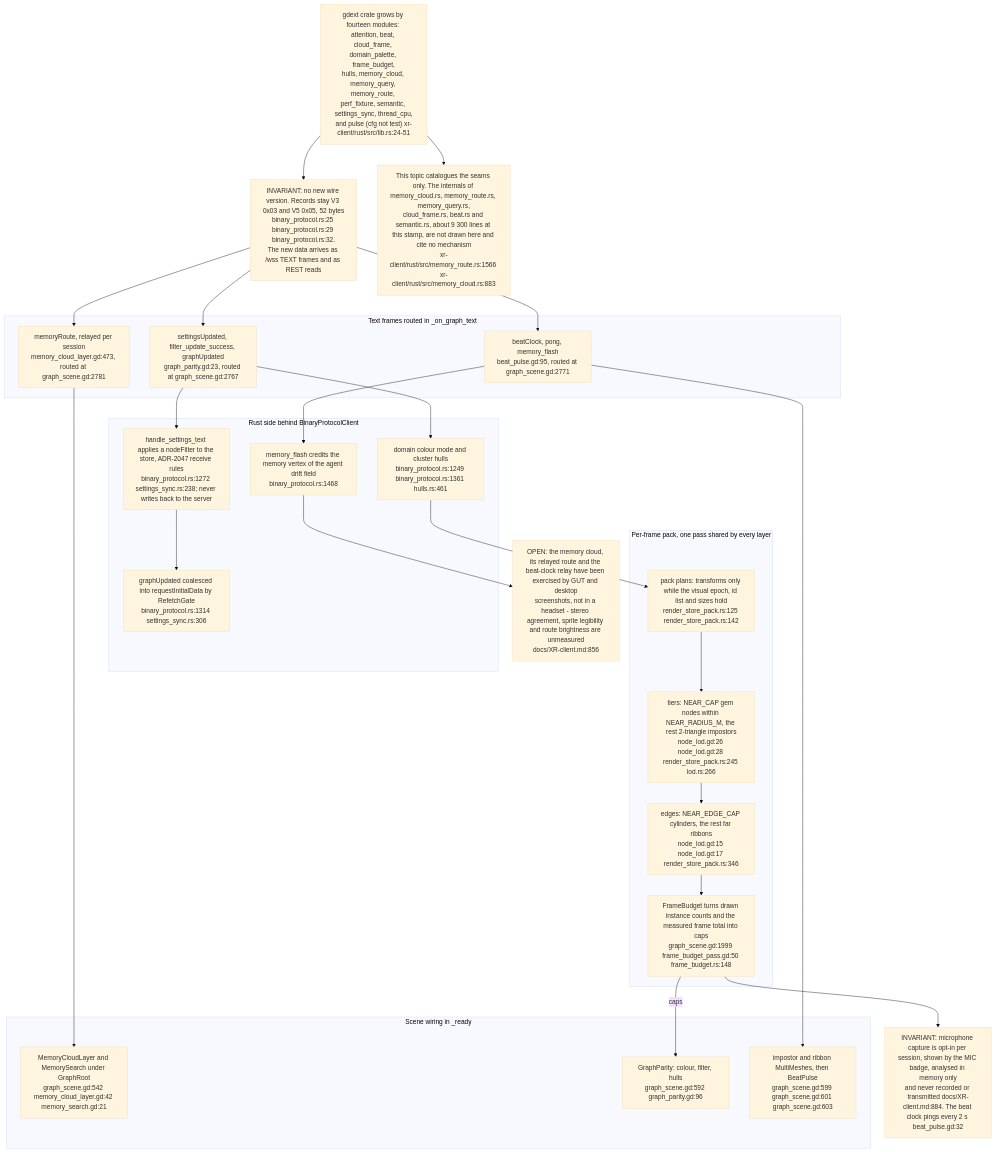
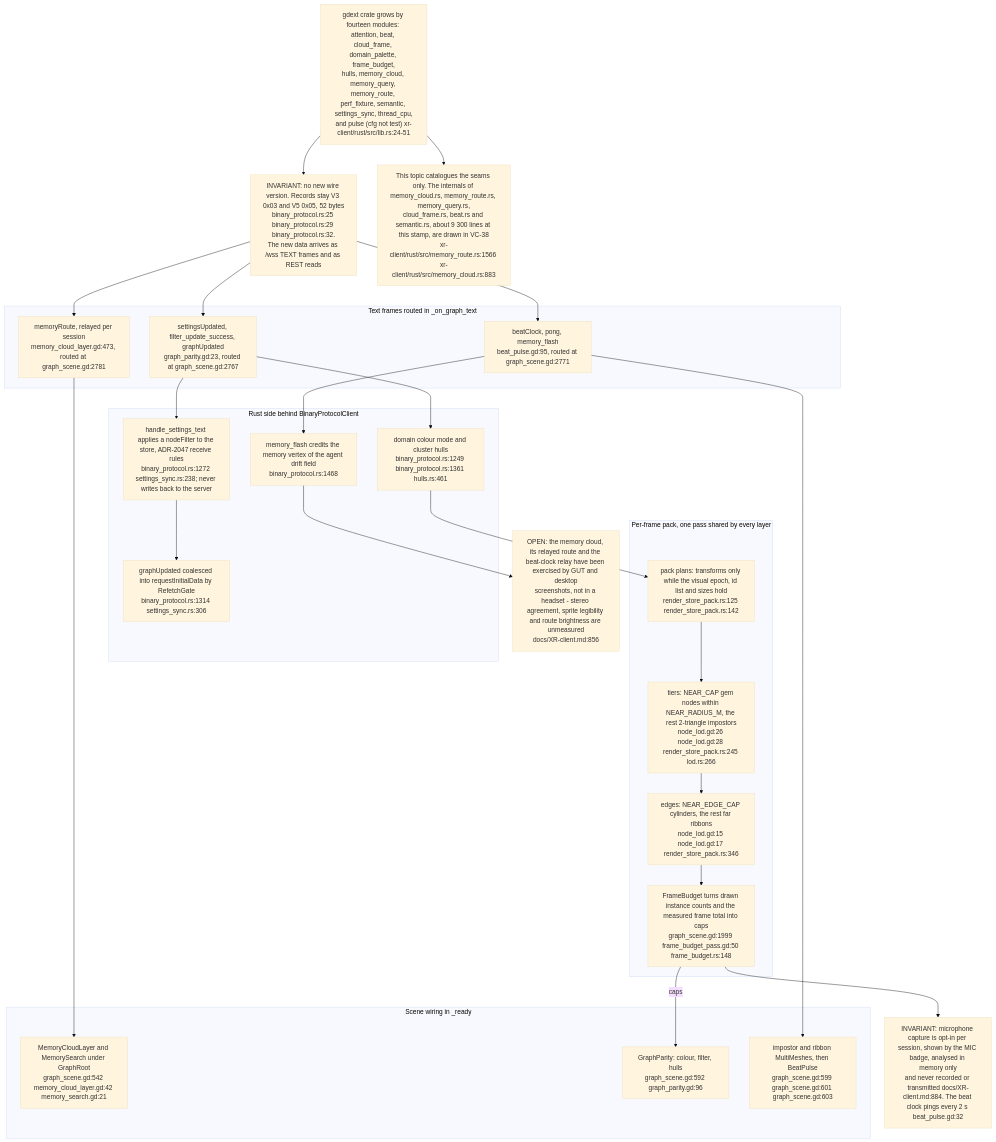
One commit to DreamLab-AI/VisionFlow changed diagram 24 of 26 in docs/diagrams/visionclaw/36-godot-xr-client.md. Above: the diagram before and after it, drawn with Mermaid (base theme). The commit also changed other lines of this file and 4 other files, not shown here.

Commit message:
docs(diagrams): re-read VC-36 claims against the code and catalogue the XR memory-cloud internals as VC-38

````diff
--- a/docs/diagrams/visionclaw/36-godot-xr-client.md
+++ b/docs/diagrams/visionclaw/36-godot-xr-client.md
@@ -1075,48 +1130,48 @@
 ```mermaid
 flowchart TB
     LIB["gdext crate grows by fourteen modules: attention, beat, cloud_frame, domain_palette, frame_budget,<br/>hulls, memory_cloud, memory_query, memory_route, perf_fixture, semantic, settings_sync, thread_cpu,<br/>and pulse (cfg not test) xr-client/rust/src/lib.rs:24-51"]
     WIRE["INVARIANT: no new wire version. Records stay V3 0x03 and V5 0x05, 52 bytes<br/>binary_protocol.rs:25 binary_protocol.rs:29 binary_protocol.rs:32.<br/>The new data arrives as /wss TEXT frames and as REST reads"]
 
     subgraph text["Text frames routed in _on_graph_text"]
         T1["settingsUpdated, filter_update_success, graphUpdated<br/>graph_parity.gd:23, routed at graph_scene.gd:2767"]
         T2["beatClock, pong, memory_flash<br/>beat_pulse.gd:95, routed at graph_scene.gd:2771"]
         T3["memoryRoute, relayed per session<br/>memory_cloud_layer.gd:473, routed at graph_scene.gd:2781"]
     end
 
     subgraph rust["Rust side behind BinaryProtocolClient"]
         S1["handle_settings_text applies a nodeFilter to the store, ADR-2047 receive rules<br/>binary_protocol.rs:1272 settings_sync.rs:238; never writes back to the server"]
         S2["graphUpdated coalesced into requestInitialData by RefetchGate<br/>binary_protocol.rs:1314 settings_sync.rs:306"]
         S3["domain colour mode and cluster hulls<br/>binary_protocol.rs:1249 binary_protocol.rs:1361 hulls.rs:461"]
         S4["memory_flash credits the memory vertex of the agent drift field<br/>binary_protocol.rs:1468"]
     end
 
     subgraph pack["Per-frame pack, one pass shared by every layer"]
         P1["pack plans: transforms only while the visual epoch, id list and sizes hold<br/>render_store_pack.rs:125 render_store_pack.rs:142"]
         P2["tiers: NEAR_CAP gem nodes within NEAR_RADIUS_M, the rest 2-triangle impostors<br/>node_lod.gd:26 node_lod.gd:28 render_store_pack.rs:245 lod.rs:266"]
         P3["edges: NEAR_EDGE_CAP cylinders, the rest far ribbons<br/>node_lod.gd:15 node_lod.gd:17 render_store_pack.rs:346"]
         P4["FrameBudget turns drawn instance counts and the measured frame total into caps<br/>graph_scene.gd:1999 frame_budget_pass.gd:50 frame_budget.rs:148"]
     end
 
     subgraph scene["Scene wiring in _ready"]
         W1["MemoryCloudLayer and MemorySearch under GraphRoot<br/>graph_scene.gd:542 memory_cloud_layer.gd:42 memory_search.gd:21"]
         W2["GraphParity: colour, filter, hulls<br/>graph_scene.gd:592 graph_parity.gd:96"]
         W3["impostor and ribbon MultiMeshes, then BeatPulse<br/>graph_scene.gd:599 graph_scene.gd:601 graph_scene.gd:603"]
     end
 
     LIB --> WIRE
     WIRE --> T1 & T2 & T3
     T1 --> S1 --> S2
     T1 --> S3
     T2 --> S4
     S3 --> P1 --> P2 --> P3 --> P4
     P4 -->|"caps"| W2
     T3 --> W1
     T2 --> W3
 
     N1["INVARIANT: microphone capture is opt-in per session, shown by the MIC badge, analysed in memory only<br/>and never recorded or transmitted docs/XR-client.md:884. The beat clock pings every 2 s beat_pulse.gd:32"]
     N2["OPEN: the memory cloud, its relayed route and the beat-clock relay have been exercised by GUT and desktop<br/>screenshots, not in a headset - stereo agreement, sprite legibility and route brightness are unmeasured<br/>docs/XR-client.md:856"]
-    N3["This topic catalogues the seams only. The internals of memory_cloud.rs, memory_route.rs, memory_query.rs,<br/>cloud_frame.rs, beat.rs and semantic.rs, about 9 300 lines at this stamp, are not drawn here and cite no mechanism<br/>xr-client/rust/src/memory_route.rs:1566 xr-client/rust/src/memory_cloud.rs:883"]
+    N3["This topic catalogues the seams only. The internals of memory_cloud.rs, memory_route.rs, memory_query.rs,<br/>cloud_frame.rs, beat.rs and semantic.rs, about 9 300 lines at this stamp, are drawn in VC-38<br/>xr-client/rust/src/memory_route.rs:1566 xr-client/rust/src/memory_cloud.rs:883"]
     P4 --> N1
     S4 --> N2
     LIB --> N3
 ```
````
